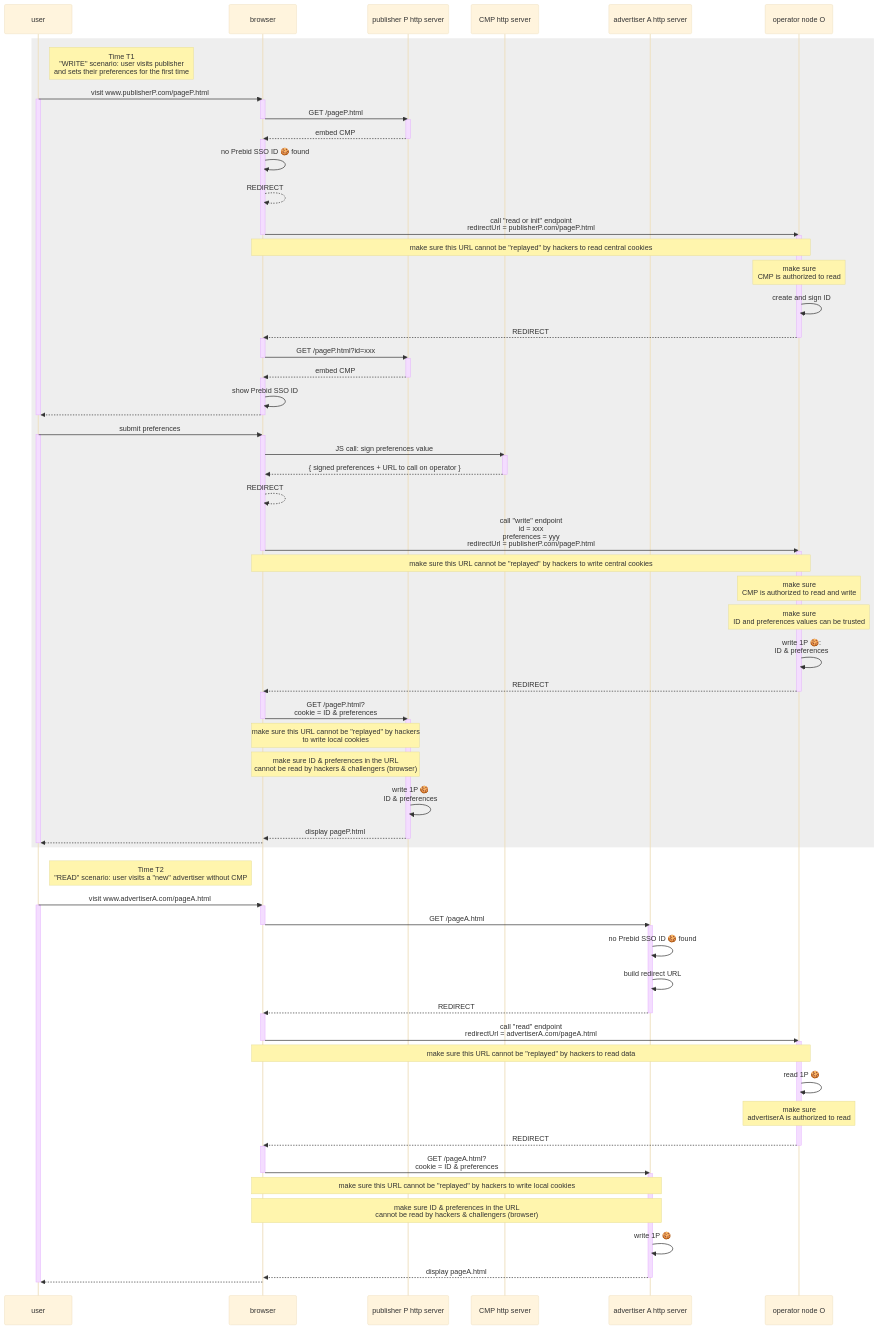
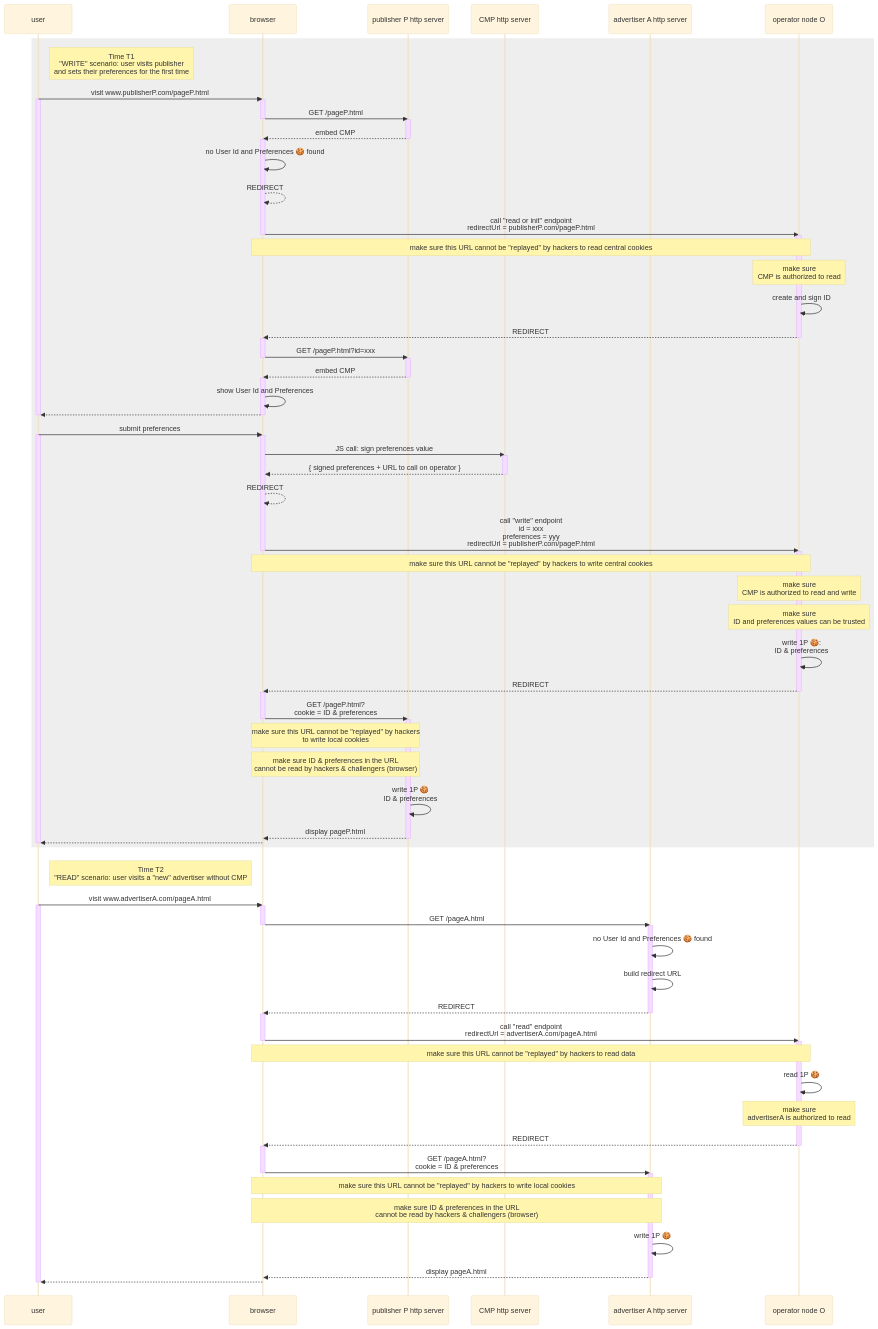
One commit to OneKey-Network/addressability-framework changed the second of 2 diagrams in mvp-spec/operator-requirements.md. Above: the diagram before and after it, drawn with Mermaid (base theme). The commit also changed other lines of this file, not shown here.

```diff
--- a/mvp-spec/operator-requirements.md
+++ b/mvp-spec/operator-requirements.md
@@ -214,7 +213,7 @@
         deactivate P
 
         activate B
-            B ->> B: no Prebid SSO ID 🍪 found
+            B ->> B: no User Id and Preferences 🍪 found
             B -->> B: REDIRECT
             B ->> O: call "read or init" endpoint<br/>redirectUrl = publisherP.com/pageP.html
         deactivate B
@@ -235,7 +234,7 @@
         deactivate P
 
         activate B
-            B ->> B: show Prebid SSO ID
+            B ->> B: show User Id and Preferences
             B -->> U:  
         deactivate B
 
@@ -291,7 +290,7 @@
         deactivate B
 
         activate A
-            A ->> A: no Prebid SSO ID 🍪 found
+            A ->> A: no User Id and Preferences 🍪 found
             A ->> A: build redirect URL
             A -->> B: REDIRECT
         deactivate A
```
